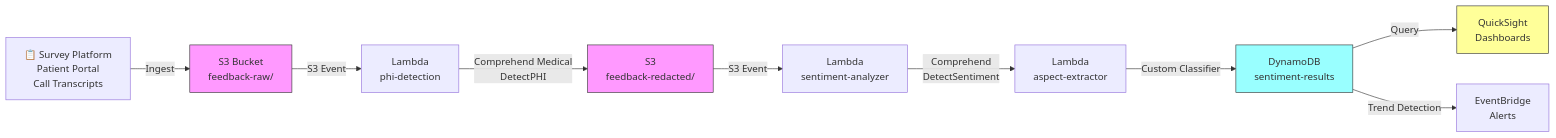
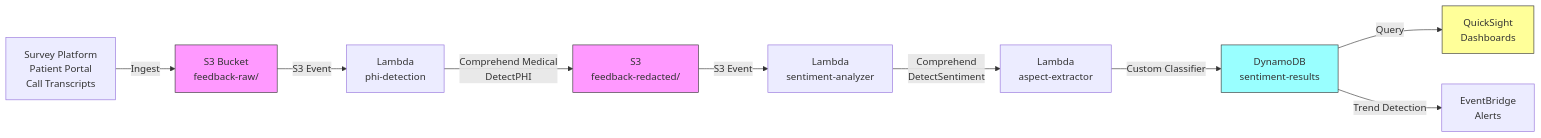
Before and after one commit to ccrngd1/HCLS-ai-book: the diagram in chapter08.02-architecture.md, drawn with Mermaid. The commit also changed other lines of this file and 515 other files, not shown here.

````diff
--- a/chapter08.02-architecture.md
+++ b/chapter08.02-architecture.md
@@ -25,16 +25,16 @@
 ```mermaid
 flowchart LR
-    A[📋 Survey Platform\nPatient Portal\nCall Transcripts] -->|Ingest| B[S3 Bucket\nfeedback-raw/]
-    B -->|S3 Event| C[Lambda\nphi-detection]
-    C -->|Comprehend Medical\nDetectPHI| D[S3\nfeedback-redacted/]
-    D -->|S3 Event| E[Lambda\nsentiment-analyzer]
-    E -->|Comprehend\nDetectSentiment| F[Lambda\naspect-extractor]
-    F -->|Custom Classifier| G[DynamoDB\nsentiment-results]
-    G -->|Query| H[QuickSight\nDashboards]
-    G -->|Trend Detection| I[EventBridge\nAlerts]
+ A[Survey Platform\nPatient Portal\nCall Transcripts] -->|Ingest| B[S3 Bucket\nfeedback-raw/]
+ B -->|S3 Event| C[Lambda\nphi-detection]
+ C -->|Comprehend Medical\nDetectPHI| D[S3\nfeedback-redacted/]
+ D -->|S3 Event| E[Lambda\nsentiment-analyzer]
+ E -->|Comprehend\nDetectSentiment| F[Lambda\naspect-extractor]
+ F -->|Custom Classifier| G[DynamoDB\nsentiment-results]
+ G -->|Query| H[QuickSight\nDashboards]
+ G -->|Trend Detection| I[EventBridge\nAlerts]
 
-    style B fill:#f9f,stroke:#333
-    style D fill:#f9f,stroke:#333
-    style G fill:#9ff,stroke:#333
-    style H fill:#ff9,stroke:#333
+ style B fill:#f9f,stroke:#333
+ style D fill:#f9f,stroke:#333
+ style G fill:#9ff,stroke:#333
+ style H fill:#ff9,stroke:#333
 ```
````
